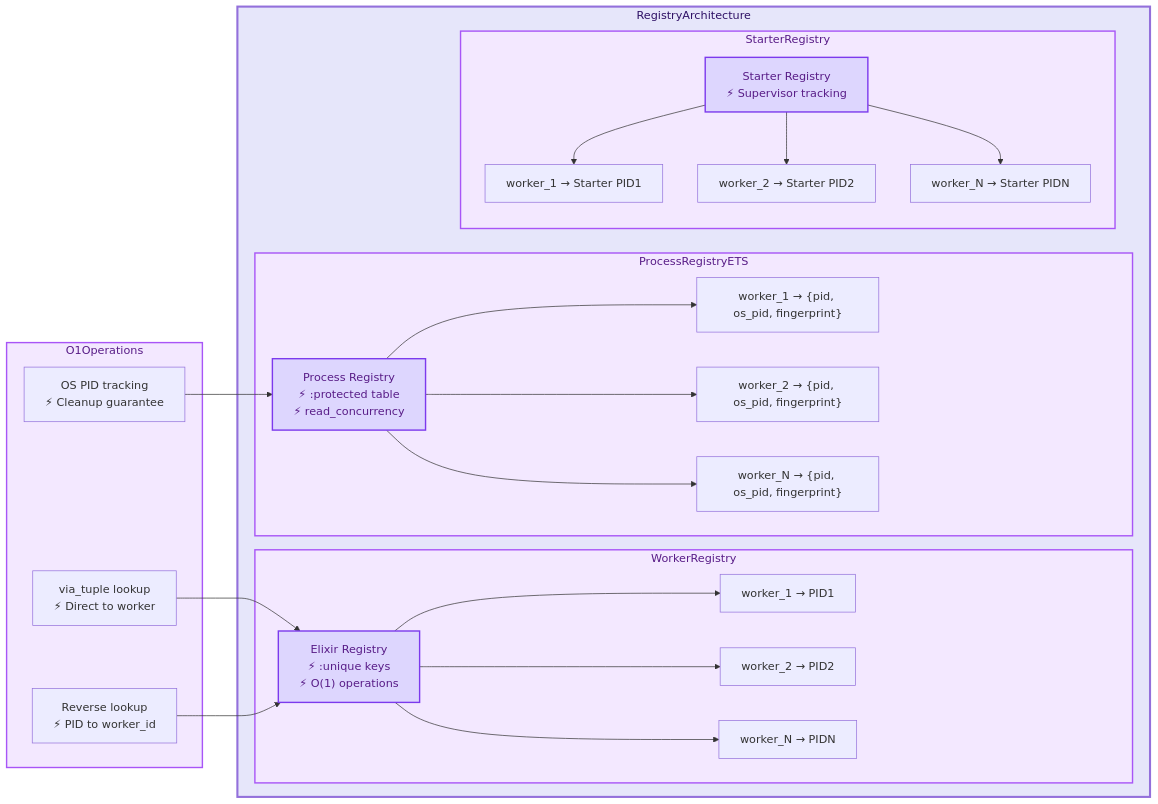
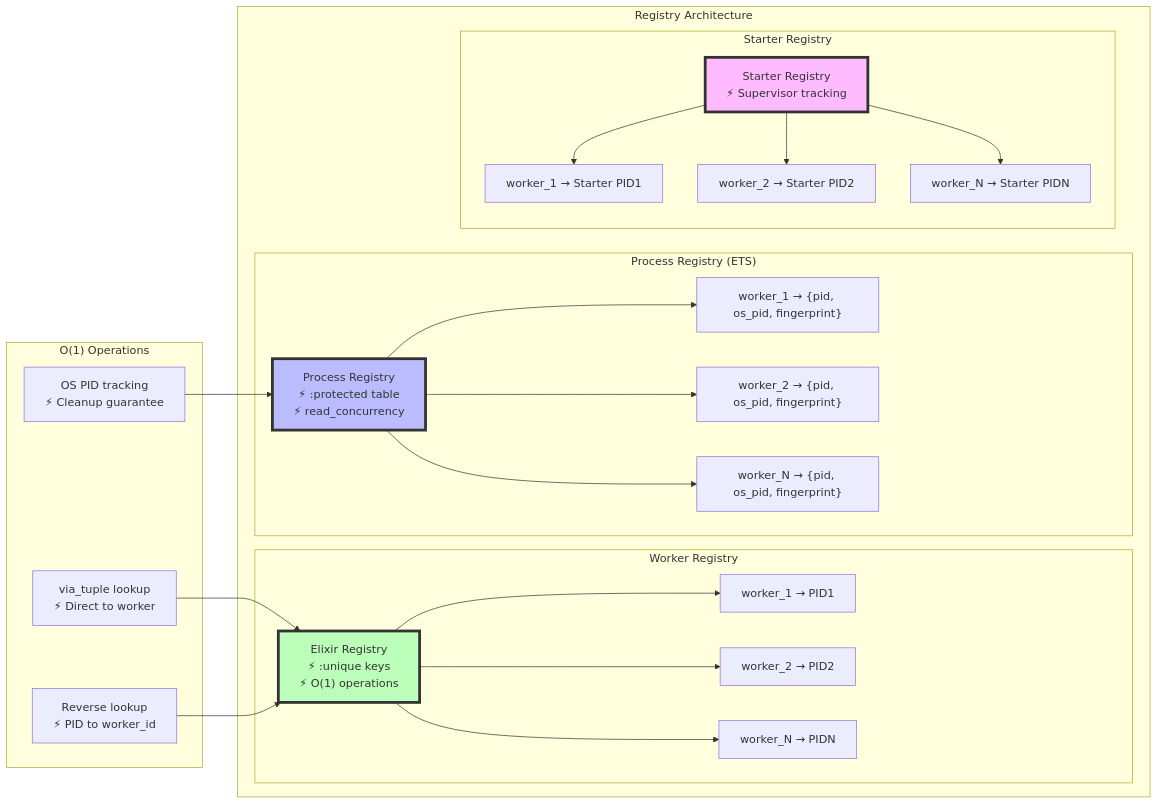
The seventh of 7 diagrams in DIAGS.md (nshkrdotcom/snakepit), drawn with Mermaid before and after one commit. The commit also changed other lines of this file and 8 other files, not shown here.

````diff
--- a/DIAGS.md
+++ b/DIAGS.md
@@ -323,61 +295,51 @@
 ```mermaid
 graph LR
-    RegistryArchitecture["Registry Architecture"]
-    subgraph RegistryArchitecture
-        WorkerRegistry["Worker Registry"]
-        subgraph WorkerRegistry
+    subgraph "Registry Architecture"
+        subgraph "Worker Registry"
             WR["Elixir Registry<br/>⚡ :unique keys<br/>⚡ O(1) operations"]
             WK1["worker_1 → PID1"]
             WK2["worker_2 → PID2"]
             WKN["worker_N → PIDN"]
         end
         
-        ProcessRegistryETS["Process Registry ETS"]
-        subgraph ProcessRegistryETS
+        subgraph "Process Registry (ETS)"
             PR["Process Registry<br/>⚡ :protected table<br/>⚡ read_concurrency"]
             PK1["worker_1 → {pid, os_pid, fingerprint}"]
             PK2["worker_2 → {pid, os_pid, fingerprint}"]
             PKN["worker_N → {pid, os_pid, fingerprint}"]
         end
         
-        StarterRegistry["Starter Registry"]
-        subgraph StarterRegistry
+        subgraph "Starter Registry"
             SR["Starter Registry<br/>⚡ Supervisor tracking"]
             SK1["worker_1 → Starter PID1"]
             SK2["worker_2 → Starter PID2"]
             SKN["worker_N → Starter PIDN"]
         end
     end
     
-    O1Operations["O(1) Operations"]
-    subgraph O1Operations
+    subgraph "O(1) Operations"
         Op1["via_tuple lookup<br/>⚡ Direct to worker"]
         Op2["Reverse lookup<br/>⚡ PID to worker_id"]
         Op3["OS PID tracking<br/>⚡ Cleanup guarantee"]
     end
     
     WR --> WK1
     WR --> WK2
     WR --> WKN
     
     PR --> PK1
     PR --> PK2
     PR --> PKN
     
     SR --> SK1
     SR --> SK2
     SR --> SKN
     
     Op1 --> WR
     Op2 --> WR
     Op3 --> PR
     
-    style RegistryArchitecture fill:#e6e6fa,stroke:#9370db,stroke-width:3px,color:#2e1065
-    style WorkerRegistry fill:#f3e8ff,stroke:#a855f7,stroke-width:2px,color:#581c87
-    style ProcessRegistryETS fill:#f3e8ff,stroke:#a855f7,stroke-width:2px,color:#581c87
-    style StarterRegistry fill:#f3e8ff,stroke:#a855f7,stroke-width:2px,color:#581c87
-    style O1Operations fill:#f3e8ff,stroke:#a855f7,stroke-width:2px,color:#581c87
-    style WR fill:#ddd6fe,stroke:#7c3aed,stroke-width:2px,color:#581c87
-    style PR fill:#ddd6fe,stroke:#7c3aed,stroke-width:2px,color:#581c87
-    style SR fill:#ddd6fe,stroke:#7c3aed,stroke-width:2px,color:#581c87
+    style WR fill:#bfb,stroke:#333,stroke-width:4px
+    style PR fill:#bbf,stroke:#333,stroke-width:4px
+    style SR fill:#fbf,stroke:#333,stroke-width:4px
 ```
````
